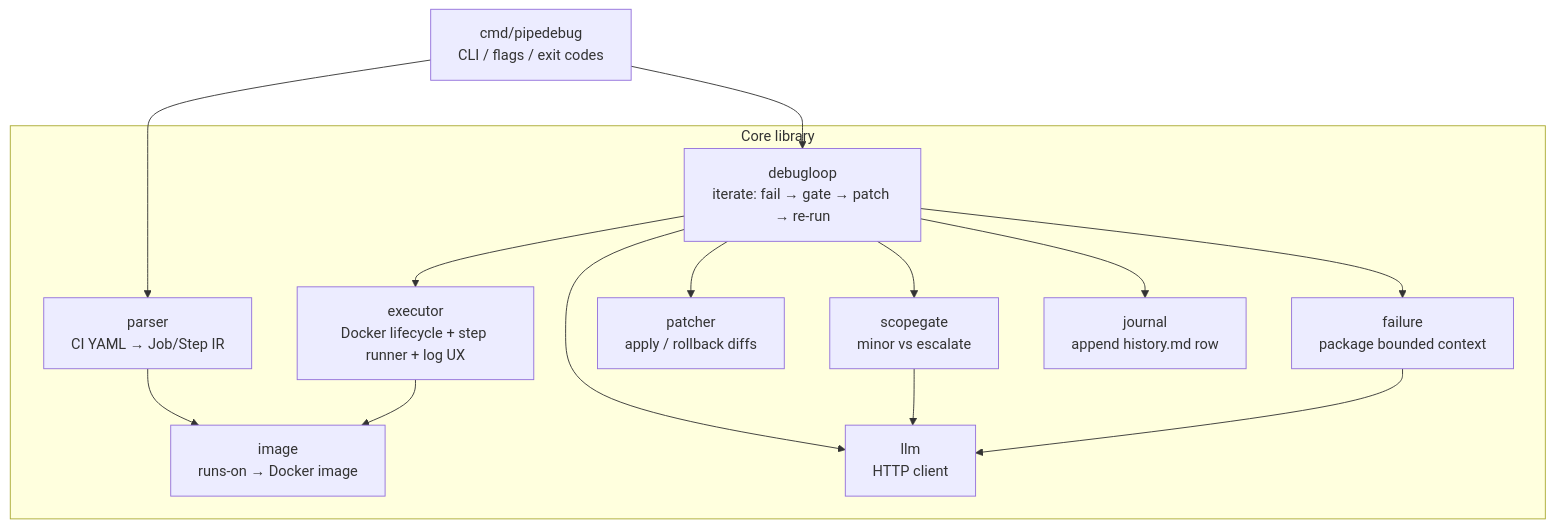
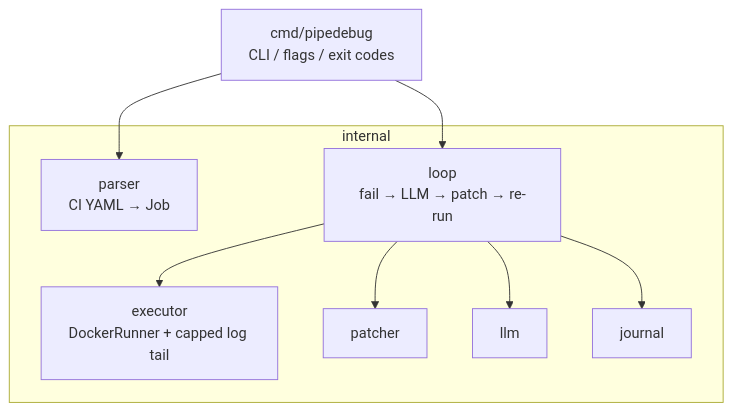
Before and after one commit to paramtully/Ci-Cd-Pipeline-Debugger: the second of 4 diagrams in TECHNICAL_DESIGN.md, drawn with Mermaid. The commit also changed other lines of this file, not shown here.

Commit message:
- added component design (uml) to TDD - removed unit tests section

````diff
--- a/TECHNICAL_DESIGN.md
+++ b/TECHNICAL_DESIGN.md
@@ -204,29 +204,20 @@
 ```mermaid
 flowchart TB
   CLI[cmd/pipedebug<br/>CLI / flags / exit codes]
 
-  subgraph core [Core library]
-    Parse[parser<br/>CI YAML → Job/Step IR]
-    Img[image<br/>runs-on → Docker image]
-    Exec[executor<br/>Docker lifecycle + step runner + log UX]
-    Loop[debugloop<br/>iterate: fail → gate → patch → re-run]
-    Gate[scopegate<br/>minor vs escalate]
-    Patch[patcher<br/>apply / rollback diffs]
-    Fail[failure<br/>package bounded context]
-    LLMClient[llm<br/>HTTP client]
-    Journal[journal<br/>append history.md row]
+  subgraph core [internal]
+    Parse[parser<br/>CI YAML → Job]
+    Exec[executor<br/>DockerRunner + capped log tail]
+    Loop[loop<br/>fail → LLM → patch → re-run]
+    Patch[patcher]
+    LLMClient[llm]
+    Journal[journal]
   end
 
   CLI --> Parse
   CLI --> Loop
-  Parse --> Img
   Loop --> Exec
-  Loop --> Fail
-  Loop --> Gate
+  Loop --> LLMClient
   Loop --> Patch
-  Loop --> LLMClient
   Loop --> Journal
-  Exec --> Img
-  Gate --> LLMClient
-  Fail --> LLMClient
 ```
````
